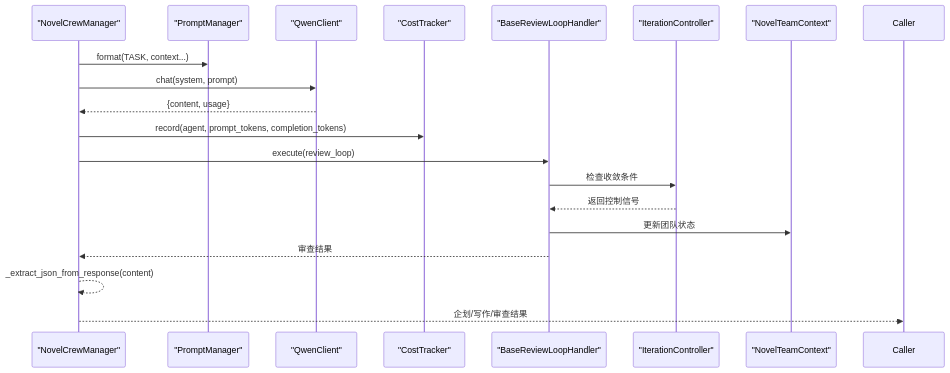
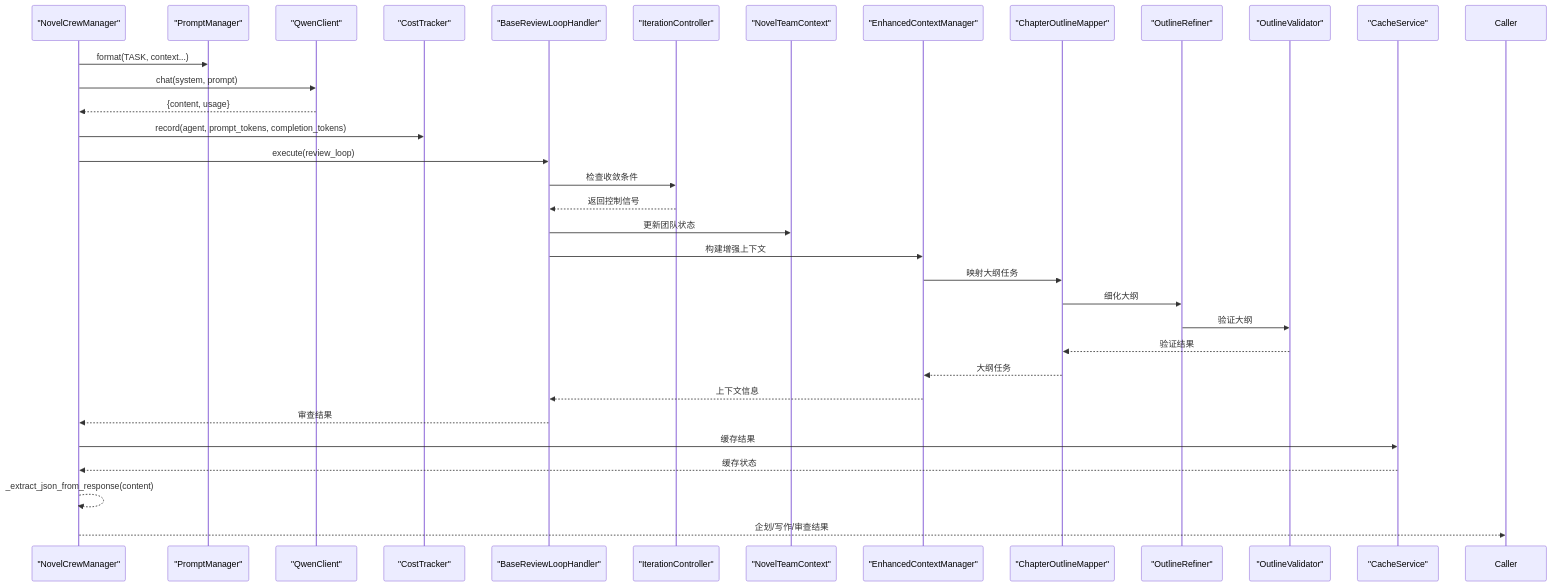
Before and after one commit to xfbyxq/ai-novel-system: diagram 14 of 16 in .qoder/repowiki/zh/content/AI智能体系统/AI智能体系统.md, drawn with Mermaid. The commit also changed other lines of this file and 6 other files, not shown here.

First line of the commit message:
feat(architecture): 完善智能体系统核心组件与架构文档

````diff
--- a/.qoder/repowiki/zh/content/AI智能体系统/AI智能体系统.md
+++ b/.qoder/repowiki/zh/content/AI智能体系统/AI智能体系统.md
@@ -718,21 +964,35 @@
 ```mermaid
 sequenceDiagram
 participant CM as "NovelCrewManager"
 participant PM as "PromptManager"
 participant Qwen as "QwenClient"
 participant CT as "CostTracker"
 participant BR as "BaseReviewLoopHandler"
 participant IC as "IterationController"
 participant TC as "NovelTeamContext"
+participant ECM as "EnhancedContextManager"
+participant COM as "ChapterOutlineMapper"
+participant OR as "OutlineRefiner"
+participant OV as "OutlineValidator"
+participant CS as "CacheService"
 CM->>PM : format(TASK, context...)
 CM->>Qwen : chat(system, prompt)
 Qwen-->>CM : {content, usage}
 CM->>CT : record(agent, prompt_tokens, completion_tokens)
 CM->>BR : execute(review_loop)
 BR->>IC : 检查收敛条件
 IC-->>BR : 返回控制信号
 BR->>TC : 更新团队状态
+BR->>ECM : 构建增强上下文
+ECM->>COM : 映射大纲任务
+COM->>OR : 细化大纲
+OR->>OV : 验证大纲
+OV-->>COM : 验证结果
+COM-->>ECM : 大纲任务
+ECM-->>BR : 上下文信息
 BR-->>CM : 审查结果
+CM->>CS : 缓存结果
+CS-->>CM : 缓存状态
 CM-->>CM : _extract_json_from_response(content)
 CM-->>Caller : 企划/写作/审查结果
 ```
````
